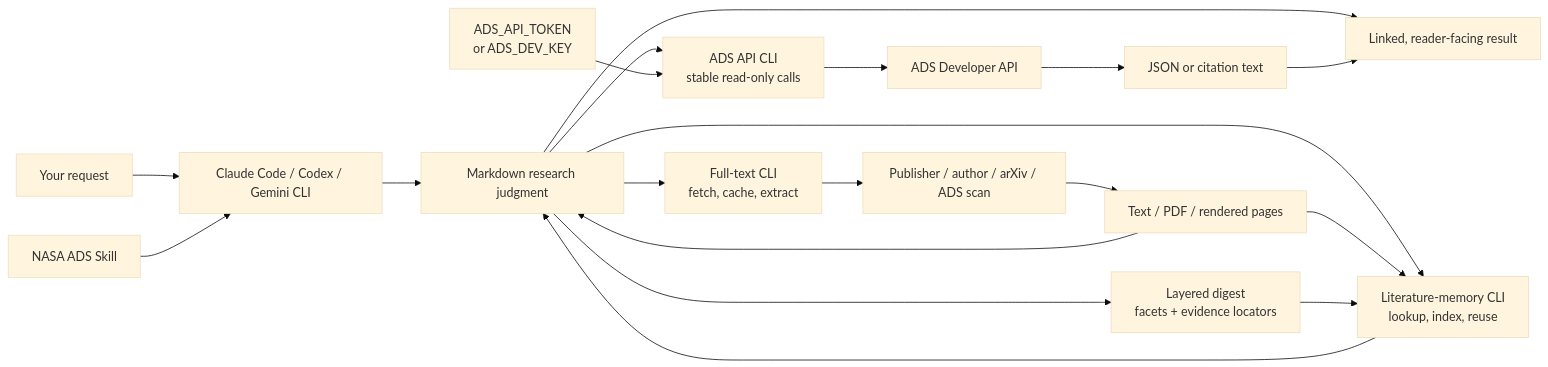
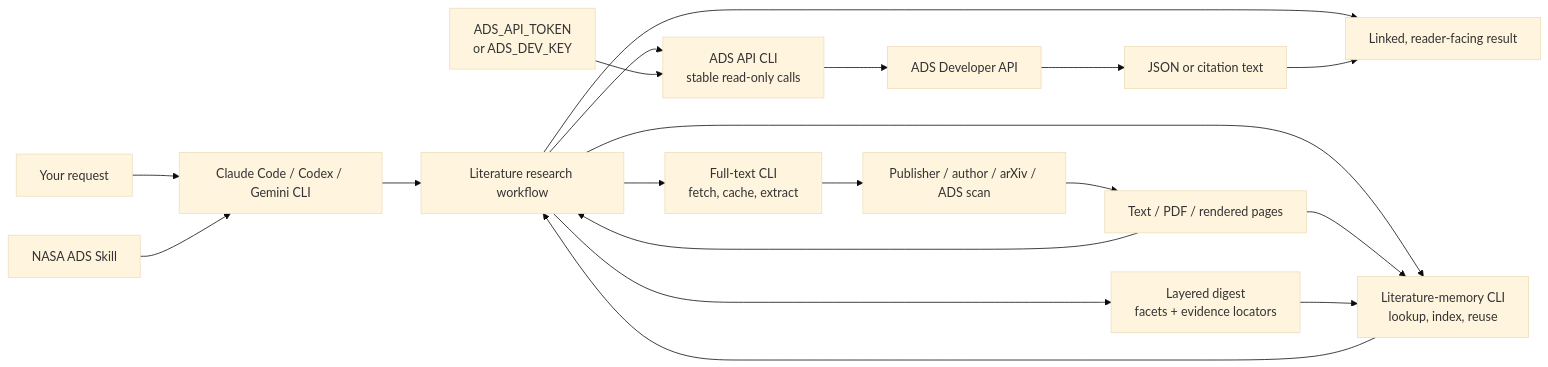
The diagram in README.md (SukiYume/nasa-ads-skill), drawn with Mermaid (base theme) before and after one commit. The commit also changed other lines of this file and 9 other files, not shown here.

````diff
--- a/README.md
+++ b/README.md
@@ -79,21 +77,21 @@
 ```mermaid
 flowchart LR
     A["Your request"] --> B["Claude Code / Codex / Gemini CLI"]
     S["NASA ADS Skill"] --> B
-    B --> M["Markdown research judgment"]
+    B --> M["Literature research workflow"]
     M --> P["ADS API CLI<br/>stable read-only calls"]
     M --> F["Full-text CLI<br/>fetch, cache, extract"]
     M --> L["Literature-memory CLI<br/>lookup, index, reuse"]
     T["ADS_API_TOKEN<br/>or ADS_DEV_KEY"] --> P
     P --> C["ADS Developer API"]
     F --> X["Publisher / author / arXiv / ADS scan"]
     C --> D["JSON or citation text"]
     X --> R["Text / PDF / rendered pages"]
     R --> M
     M --> K["Layered digest<br/>facets + evidence locators"]
     R --> L
     K --> L
     L --> M
     M --> E["Linked, reader-facing result"]
     D --> E
 ```
````
